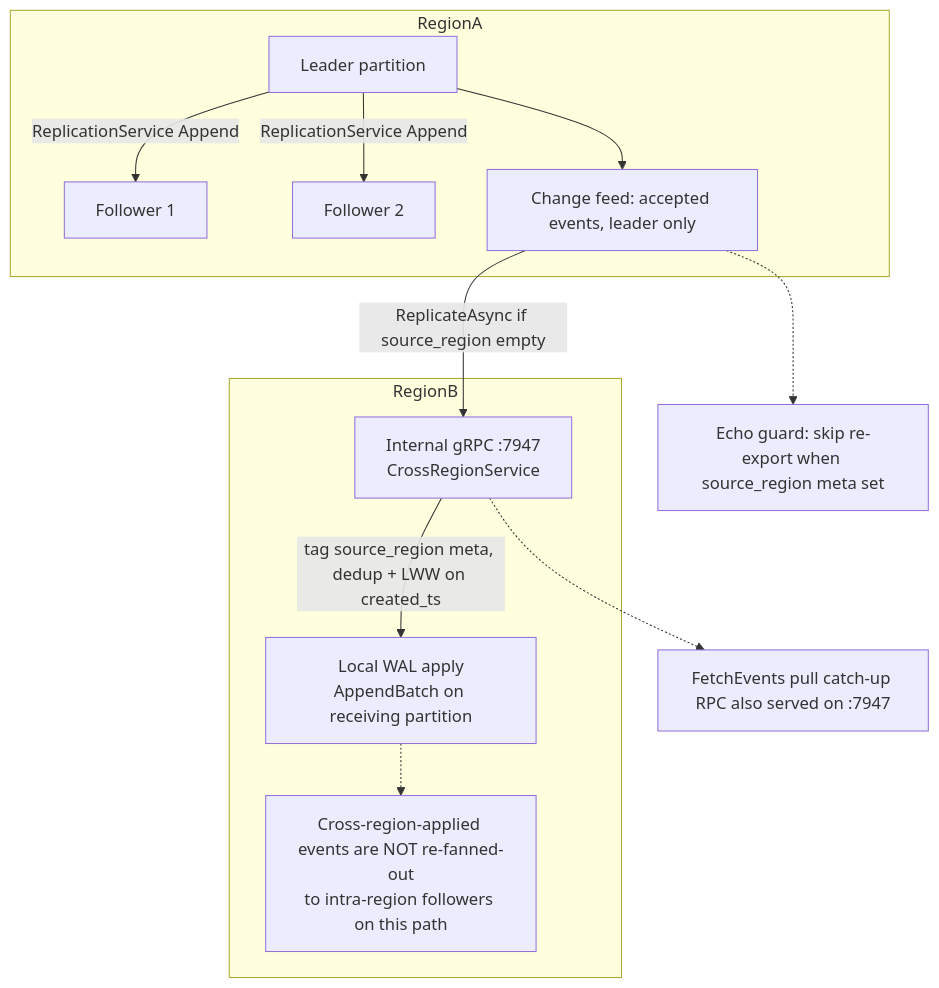
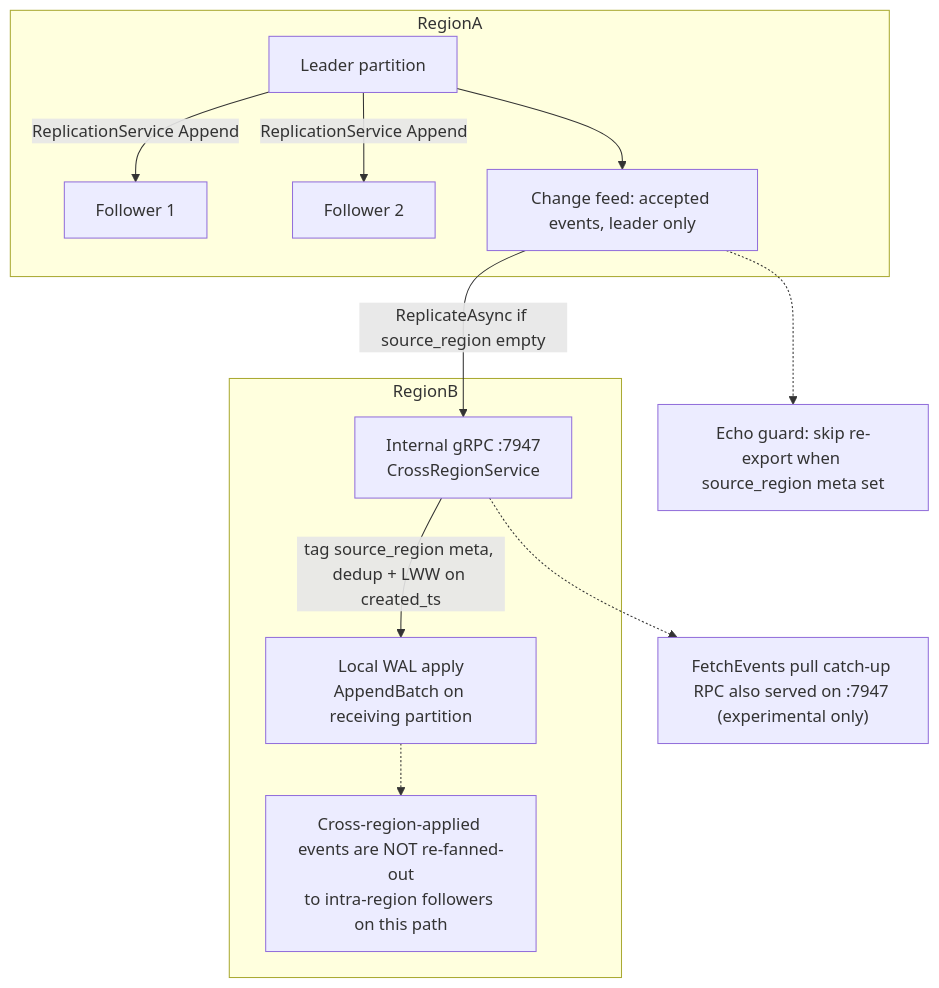
One commit to jatin711-debug/cronos_db_golang changed the diagram in docs/architecture/features/replication.md. Above: the diagram before and after it, drawn with Mermaid. The commit also changed other lines of this file and 28 other files, not shown here.

First line of the commit message:
docs: bring architecture, feature, design and contributor docs up to v0.11.0

````diff
--- a/docs/architecture/features/replication.md
+++ b/docs/architecture/features/replication.md
@@ -427,27 +446,27 @@
 ```mermaid
 flowchart TB
     subgraph RegionA
       ALeader[Leader partition]
       AFollower1[Follower 1]
       AFollower2[Follower 2]
       AHook["Change feed: accepted events, leader only"]
     end
     subgraph RegionB
       BInternal["Internal gRPC :7947<br/>CrossRegionService"]
       BApply["Local WAL apply<br/>AppendBatch on receiving partition"]
       BNote["Cross-region-applied events are NOT re-fanned-out<br/>to intra-region followers on this path"]
     end
 
     ALeader --> AHook
     AHook -->|"ReplicateAsync if source_region empty"| BInternal
     BInternal -->|"tag source_region meta, dedup + LWW on created_ts"| BApply
     BApply -.-> BNote
     ALeader -->|"ReplicationService Append"| AFollower1
     ALeader -->|"ReplicationService Append"| AFollower2
 
-    Fetch["FetchEvents pull catch-up RPC also served on :7947"]
+    Fetch["FetchEvents pull catch-up RPC also served on :7947 (experimental only)"]
     BInternal -.-> Fetch
 
     EchoGuard["Echo guard: skip re-export when source_region meta set"]
     AHook -.-> EchoGuard
 ```
````
